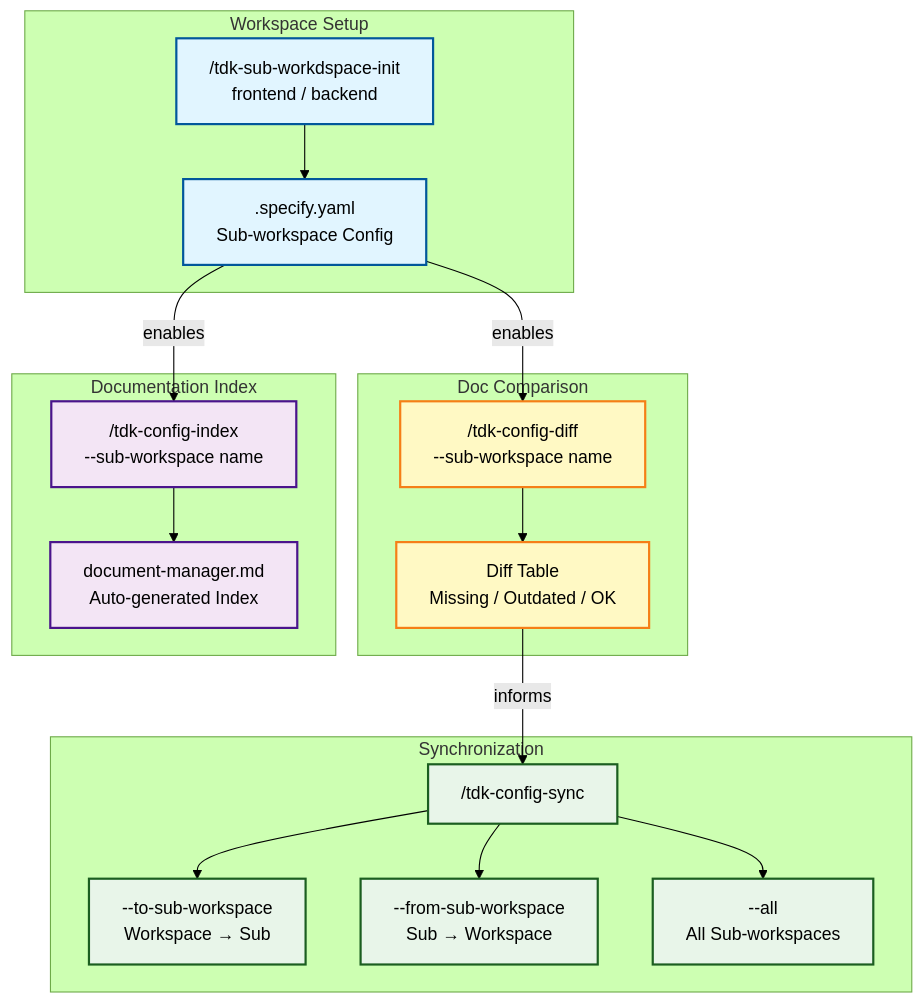
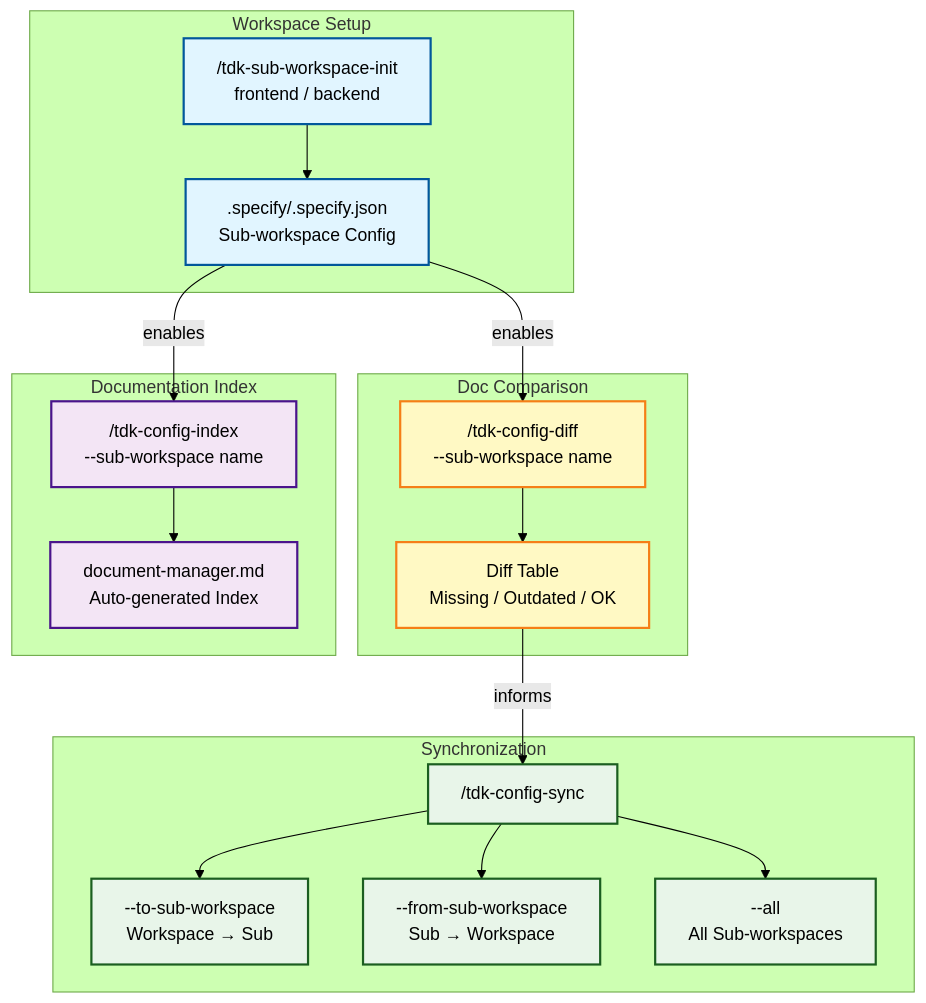
The sixth of 8 diagrams in .specify/docs/en/guides/document-flow.md (vinhltt/tdk), drawn with Mermaid (forest theme) before and after one commit. The commit also changed other lines of this file and 35 other files, not shown here.

````diff
--- a/.specify/docs/en/guides/document-flow.md
+++ b/.specify/docs/en/guides/document-flow.md
@@ -276,44 +249,44 @@
 ```mermaid
 flowchart TD
     subgraph WS_INIT["Workspace Setup"]
-        SUB_INIT["/tdk-sub-workdspace-init<br/>frontend / backend"]
-        YAML[".specify.yaml<br/>Sub-workspace Config"]
+        SUB_INIT["/tdk-sub-workspace-init<br/>frontend / backend"]
+        JSON[".specify/.specify.json<br/>Sub-workspace Config"]
     end
 
     subgraph DOC_COMPARE["Doc Comparison"]
         DIFF["/tdk-config-diff<br/>--sub-workspace name"]
         DIFF_REPORT["Diff Table<br/>Missing / Outdated / OK"]
     end
 
     subgraph DOC_SYNC["Synchronization"]
         SYNC_CMD["/tdk-config-sync"]
         TO_SUB["--to-sub-workspace<br/>Workspace → Sub"]
         FROM_SUB["--from-sub-workspace<br/>Sub → Workspace"]
         ALL_WS["--all<br/>All Sub-workspaces"]
     end
 
     subgraph DOC_INDEX["Documentation Index"]
         INDEX_CMD["/tdk-config-index<br/>--sub-workspace name"]
         DOC_MGR["document-manager.md<br/>Auto-generated Index"]
     end
 
-    SUB_INIT --> YAML
-    YAML -->|enables| DIFF
+    SUB_INIT --> JSON
+    JSON -->|enables| DIFF
     DIFF --> DIFF_REPORT
     DIFF_REPORT -->|informs| SYNC_CMD
     SYNC_CMD --> TO_SUB
     SYNC_CMD --> FROM_SUB
     SYNC_CMD --> ALL_WS
-    YAML -->|enables| INDEX_CMD
+    JSON -->|enables| INDEX_CMD
     INDEX_CMD --> DOC_MGR
 
     classDef init fill:#e1f5ff,stroke:#01579b,stroke-width:2px
     classDef compare fill:#fff9c4,stroke:#f57f17,stroke-width:2px
     classDef sync fill:#e8f5e9,stroke:#1b5e20,stroke-width:2px
     classDef index fill:#f3e5f5,stroke:#4a148c,stroke-width:2px
 
-    class SUB_INIT,YAML init
+    class SUB_INIT,JSON init
     class DIFF,DIFF_REPORT compare
     class SYNC_CMD,TO_SUB,FROM_SUB,ALL_WS sync
     class INDEX_CMD,DOC_MGR index
 ```
````
